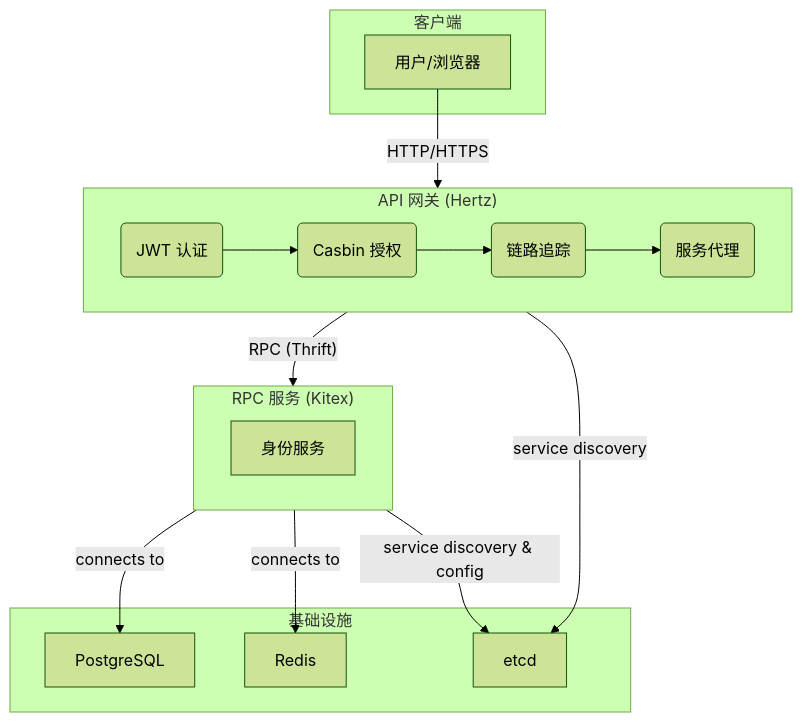
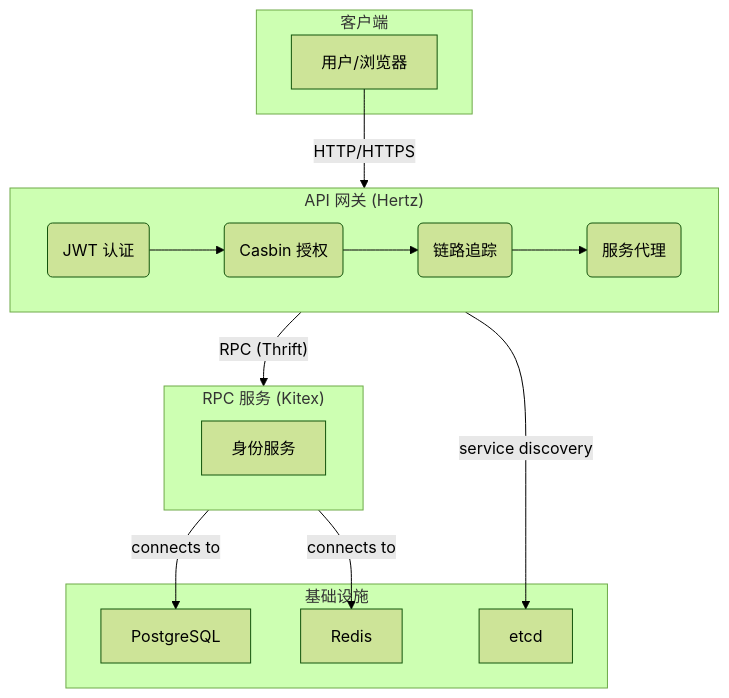
One commit to masonsxu/cloudwego-microservice-demo changed the diagram in README.md. Above: the diagram before and after it, drawn with Mermaid (forest theme). The commit also changed other lines of this file and 10 other files, not shown here.

````diff
--- a/README.md
+++ b/README.md
@@ -48,28 +27,27 @@
 ```mermaid
 graph TD
-    subgraph Client [客户端]
+    subgraph Client[客户端]
         A[用户/浏览器]
     end
 
-    subgraph Gateway ["API 网关 (Hertz)"]
+    subgraph Gateway["API 网关 (Hertz)"]
         direction LR
         B(JWT 认证) --> C(Casbin 授权) --> D(链路追踪) --> E(服务代理)
     end
 
-    subgraph Services ["RPC 服务 (Kitex)"]
+    subgraph Services["RPC 服务 (Kitex)"]
         F[身份服务]
     end
 
-    subgraph Infrastructure [基础设施]
+    subgraph Infrastructure[基础设施]
         G[PostgreSQL]
         H[etcd]
         I[Redis]
     end
 
     A -- HTTP/HTTPS --> Gateway
     Gateway -- RPC (Thrift) --> Services
     Services -- connects to --> G
     Services -- connects to --> I
     Gateway -- service discovery --> H
-    Services -- service discovery & config --> H
 ```
````
